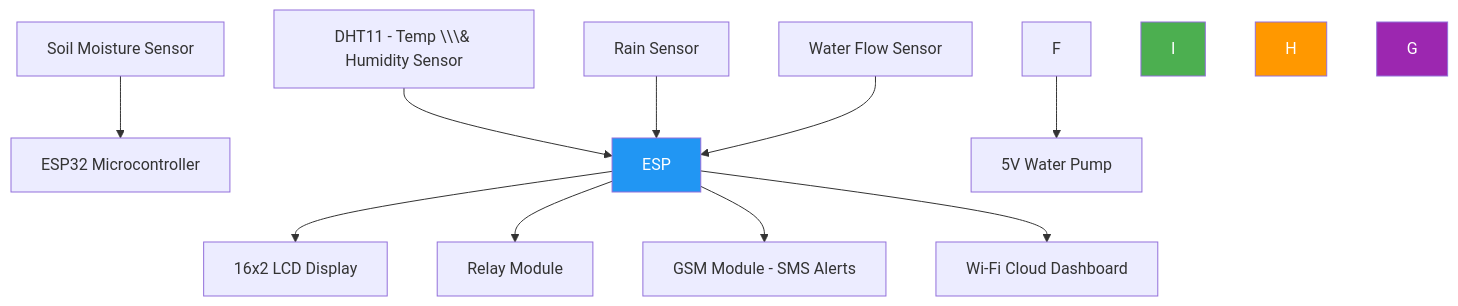
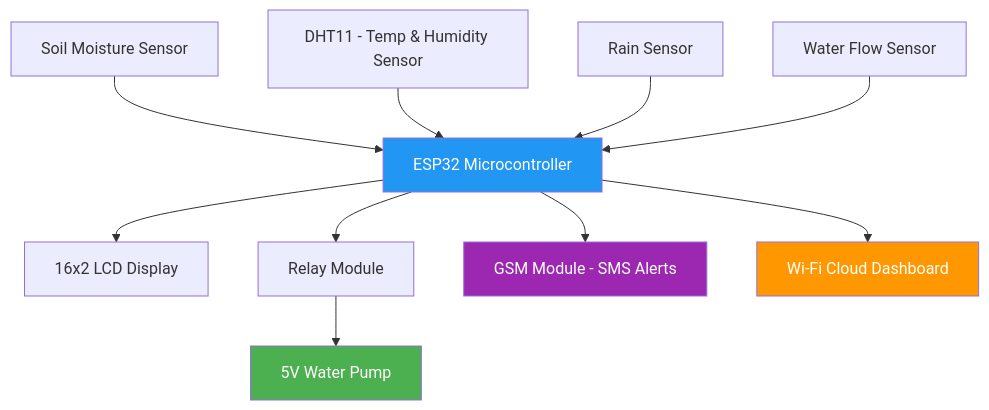
The first of 2 diagrams in campaigns/Centre-of-Innovation-in-IoT/campaigns/Centre-of-Innovation-in-IoT/smart-irrigation-esp32/README.md (SiliconLabsSoftware/community-creations), drawn with Mermaid before and after one commit. The commit also changed other lines of this file, not shown here.

````diff
--- a/campaigns/Centre-of-Innovation-in-IoT/campaigns/Centre-of-Innovation-in-IoT/smart-irrigation-esp32/README.md
+++ b/campaigns/Centre-of-Innovation-in-IoT/campaigns/Centre-of-Innovation-in-IoT/smart-irrigation-esp32/README.md
@@ -44,19 +30,19 @@
 ```mermaid
 graph TD
-    A\\\[Soil Moisture Sensor] --> ESP\\\[ESP32 Microcontroller]
-    B\\\[DHT11 - Temp \\\& Humidity Sensor] --> ESP
-    C\\\[Rain Sensor] --> ESP
-    D\\\[Water Flow Sensor] --> ESP
+    A[Soil Moisture Sensor] --> ESP[ESP32 Microcontroller]
+    B[DHT11 - Temp & Humidity Sensor] --> ESP
+    C[Rain Sensor] --> ESP
+    D[Water Flow Sensor] --> ESP
 
-    ESP --> E\\\[16x2 LCD Display]
-    ESP --> F\\\[Relay Module]
-    ESP --> G\\\[GSM Module - SMS Alerts]
-    ESP --> H\\\[Wi-Fi Cloud Dashboard]
+    ESP --> E[16x2 LCD Display]
+    ESP --> F[Relay Module]
+    ESP --> G[GSM Module - SMS Alerts]
+    ESP --> H[Wi-Fi Cloud Dashboard]
 
-    F --> I\\\[5V Water Pump]
+    F --> I[5V Water Pump]
 
     style ESP fill:#2196F3,color:#fff
     style I fill:#4CAF50,color:#fff
     style H fill:#FF9800,color:#fff
     style G fill:#9C27B0,color:#fff
 ```
````
